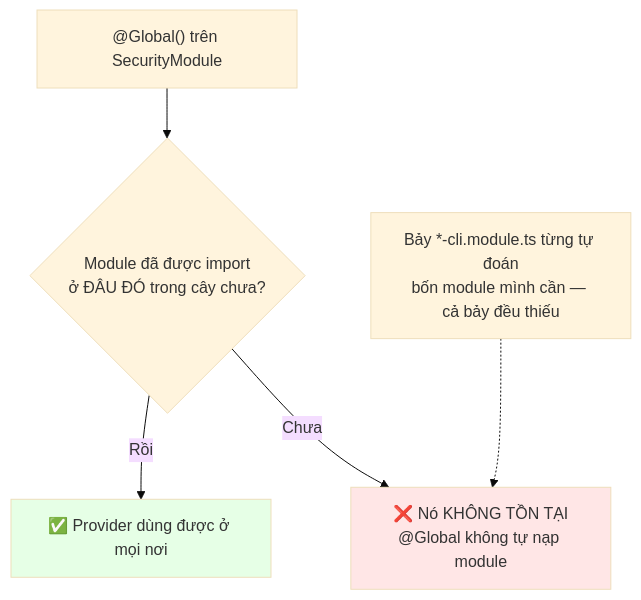
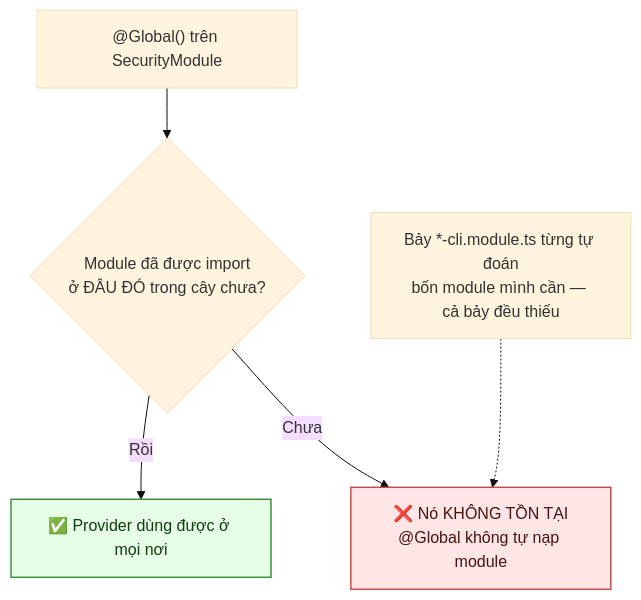
The fifth of 6 diagrams in docs/diagram/28-architecture.md (fdshn/trueheart), drawn with Mermaid (base theme) before and after one commit. The commit also changed other lines of this file and 30 other files, not shown here.

First line of the commit message:
docs(diagram): chữ trong khối tô màu đọc được ở cả giao diện sáng và tối

````diff
--- a/docs/diagram/28-architecture.md
+++ b/docs/diagram/28-architecture.md
@@ -103,11 +103,11 @@
 ```mermaid
 flowchart TD
     A["@Global() trên SecurityModule"] --> B{Module đã được import<br/>ở ĐÂU ĐÓ trong cây chưa?}
     B -->|Rồi| C["✅ Provider dùng được ở mọi nơi"]
     B -->|Chưa| D["❌ Nó KHÔNG TỒN TẠI<br/>@Global không tự nạp module"]
 
     E["Bảy *-cli.module.ts từng tự đoán<br/>bốn module mình cần — cả bảy đều thiếu"] -.-> D
 
-    style D fill:#ffe6e6
-    style C fill:#e6ffe6
+    style D fill:#ffe6e6,stroke:#c0504d,stroke-width:1.5px,color:#4a1210
+    style C fill:#e6ffe6,stroke:#3f8f3f,stroke-width:1.5px,color:#0f3d12
 ```
````
